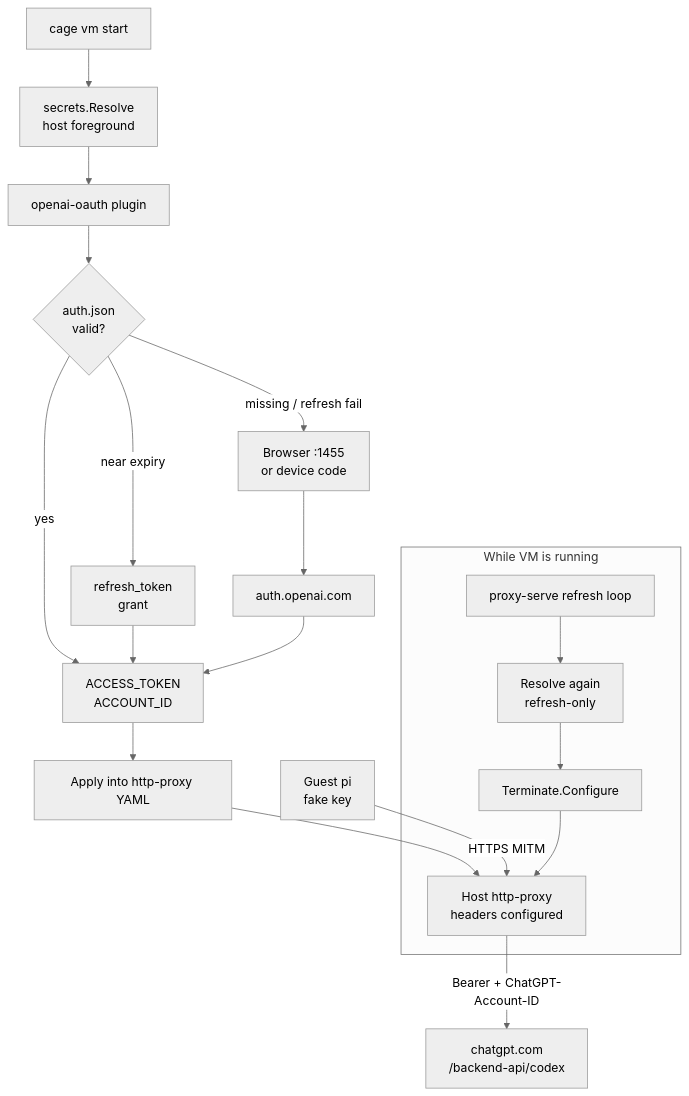
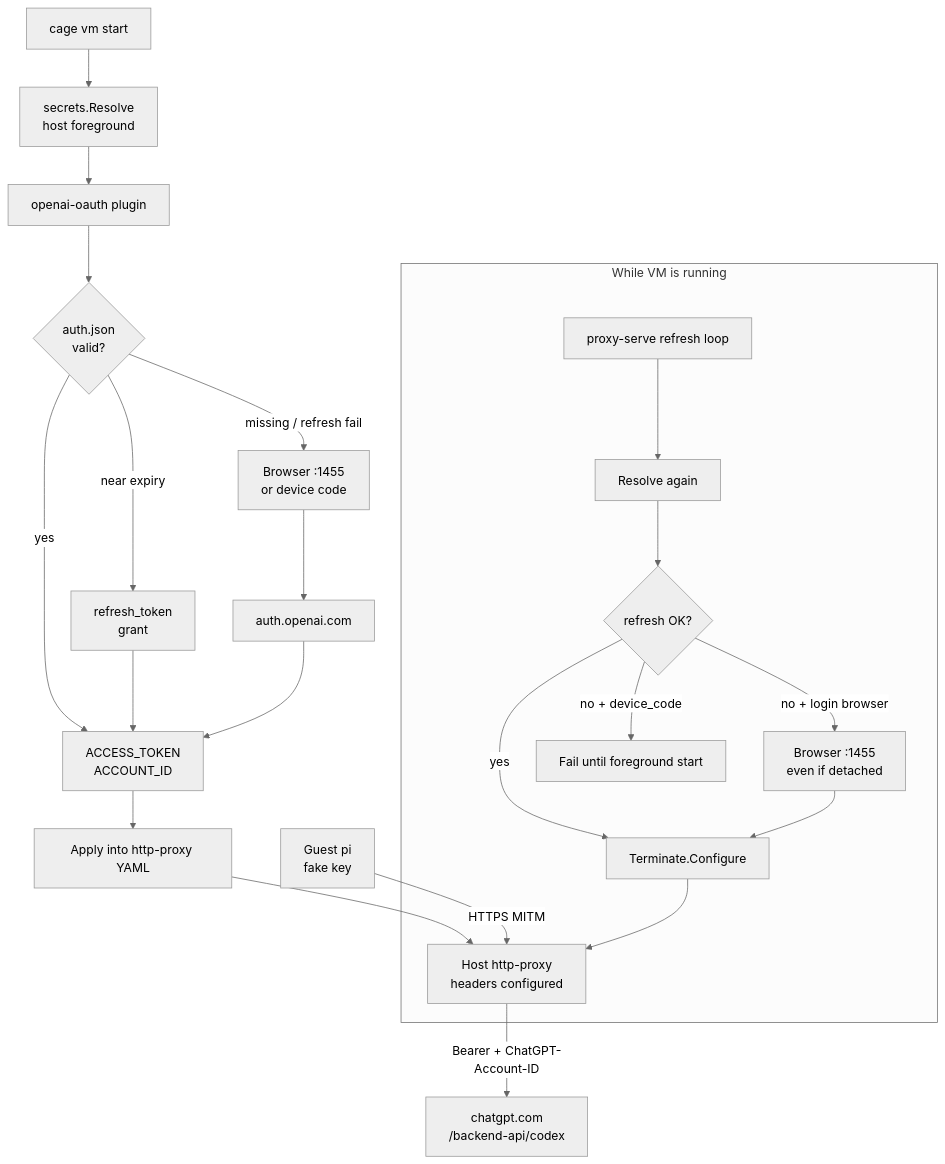
One commit to appmatter/cage changed the diagram in plugins/secrets/openai-oauth/README.md. Above: the diagram before and after it, drawn with Mermaid (neutral theme). The commit also changed other lines of this file and 20 other files, not shown here.

````diff
--- a/plugins/secrets/openai-oauth/README.md
+++ b/plugins/secrets/openai-oauth/README.md
@@ -43,23 +43,27 @@
 ```mermaid
 flowchart TD
   start["cage vm start"] --> resolve["secrets.Resolve<br/>host foreground"]
   resolve --> plugin["openai-oauth plugin"]
   plugin --> store{"auth.json<br/>valid?"}
   store -->|yes| tokens["ACCESS_TOKEN<br/>ACCOUNT_ID"]
   store -->|near expiry| refresh["refresh_token<br/>grant"]
   refresh --> tokens
   store -->|missing / refresh fail| login["Browser :1455<br/>or device code"]
   login --> auth["auth.openai.com"]
   auth --> tokens
   tokens --> apply["Apply into http-proxy YAML"]
   apply --> proxy["Host http-proxy<br/>headers configured"]
 
   guest["Guest pi<br/>fake key"] -->|"HTTPS MITM"| proxy
   proxy -->|"Bearer + ChatGPT-Account-ID"| codex["chatgpt.com<br/>/backend-api/codex"]
 
   subgraph mid["While VM is running"]
-    tick["proxy-serve refresh loop"] --> reresolve["Resolve again<br/>refresh-only"]
-    reresolve --> reconf["Terminate.Configure"]
+    tick["proxy-serve refresh loop"] --> reresolve["Resolve again"]
+    reresolve --> refreshOk{"refresh OK?"}
+    refreshOk -->|yes| reconf["Terminate.Configure"]
+    refreshOk -->|no + login browser| relogin["Browser :1455<br/>even if detached"]
+    refreshOk -->|no + device_code| fail["Fail until foreground start"]
+    relogin --> reconf
     reconf --> proxy
   end
 ```
````
